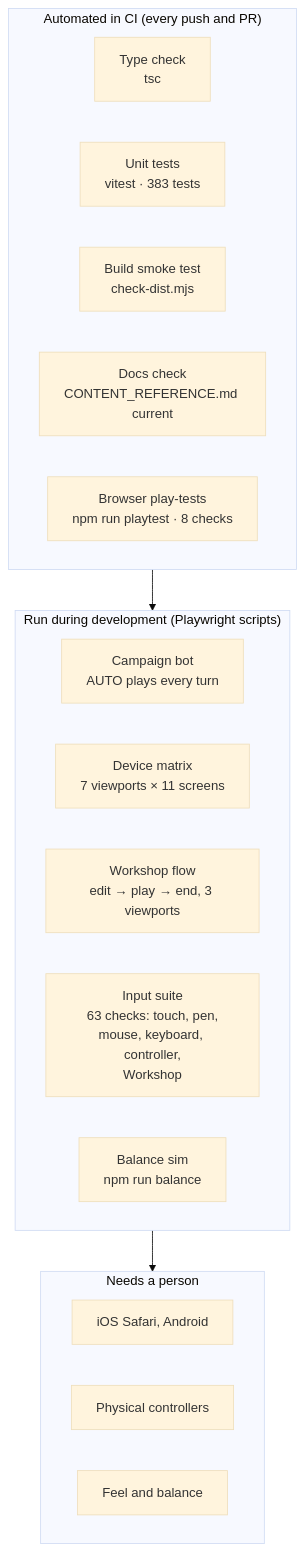
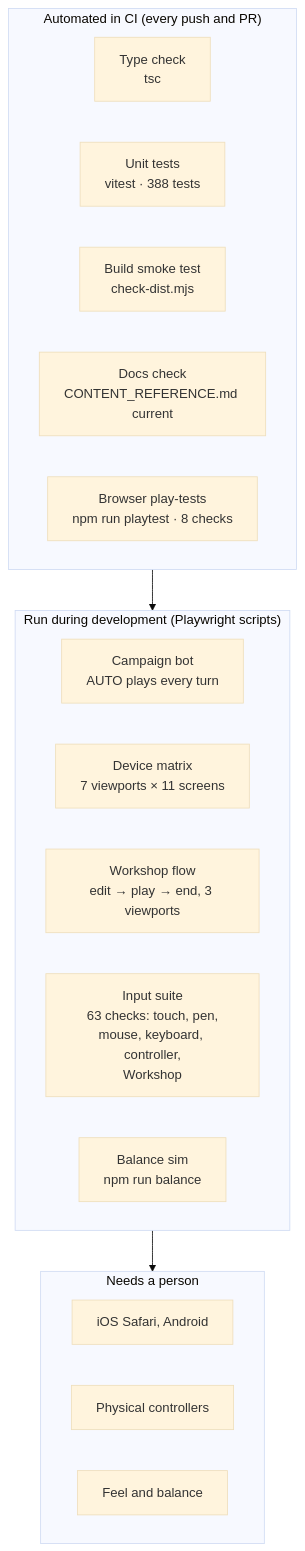
One commit to CptNope/Chess-RPG-Tactics changed the diagram in docs/TESTING.md. Above: the diagram before and after it, drawn with Mermaid (base theme). The commit also changed other lines of this file and 32 other files, not shown here.

````diff
--- a/docs/TESTING.md
+++ b/docs/TESTING.md
@@ -9,23 +9,23 @@
 ```mermaid
 flowchart TB
     subgraph Auto["Automated in CI (every push and PR)"]
         T1["Type check<br/>tsc"]
-        T2["Unit tests<br/>vitest · 383 tests"]
+        T2["Unit tests<br/>vitest · 388 tests"]
         T3["Build smoke test<br/>check-dist.mjs"]
         T4["Docs check<br/>CONTENT_REFERENCE.md current"]
         T5["Browser play-tests<br/>npm run playtest · 8 checks"]
     end
     subgraph Dev["Run during development (Playwright scripts)"]
         P1["Campaign bot<br/>AUTO plays every turn"]
         P2["Device matrix<br/>7 viewports × 11 screens"]
         P4["Workshop flow<br/>edit → play → end, 3 viewports"]
         P3["Input suite<br/>63 checks: touch, pen,<br/>mouse, keyboard, controller,<br/>Workshop"]
         P5["Balance sim<br/>npm run balance"]
     end
     subgraph Human["Needs a person"]
         H1["iOS Safari, Android"]
         H2["Physical controllers"]
         H3["Feel and balance"]
     end
     Auto --> Dev --> Human
 ```
````
